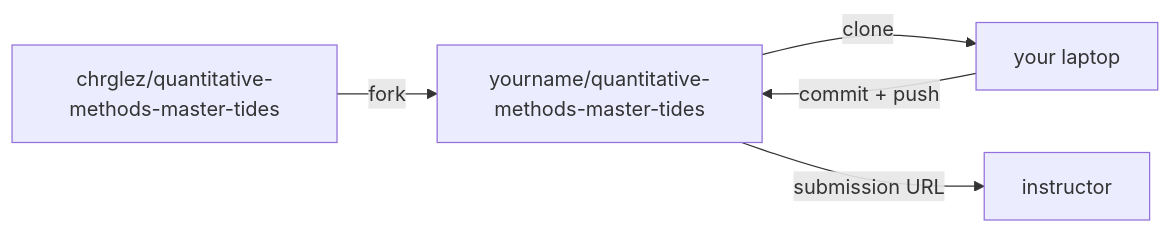
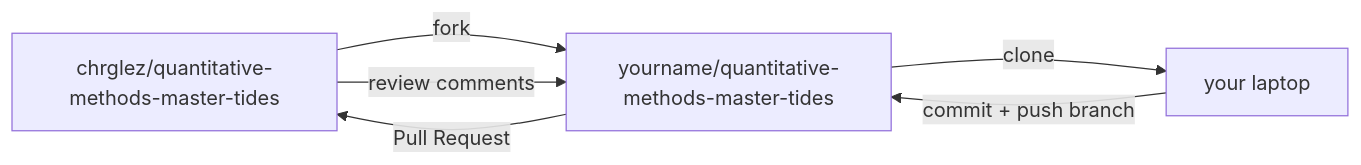
Before and after one commit to chrglez/quantitative-methods-master-tides: the diagram in 01-introduction-to-r/01-git-github.qmd, drawn with Mermaid. The commit also changed other lines of this file and 15 other files, not shown here.

First line of the commit message:
Switch submission workflow to Pull Requests, .R scripts for Days 1-5

````diff
--- a/01-introduction-to-r/01-git-github.qmd
+++ b/01-introduction-to-r/01-git-github.qmd
@@ -57,7 +57,8 @@
 ```{mermaid}
 flowchart LR
   A[chrglez/quantitative-methods-master-tides] -->|fork| B[yourname/quantitative-methods-master-tides]
   B -->|clone| C[your laptop]
-  C -->|commit + push| B
-  B -->|submission URL| D[instructor]
+  C -->|commit + push branch| B
+  B -->|Pull Request| A
+  A -->|review comments| B
 ```
````
